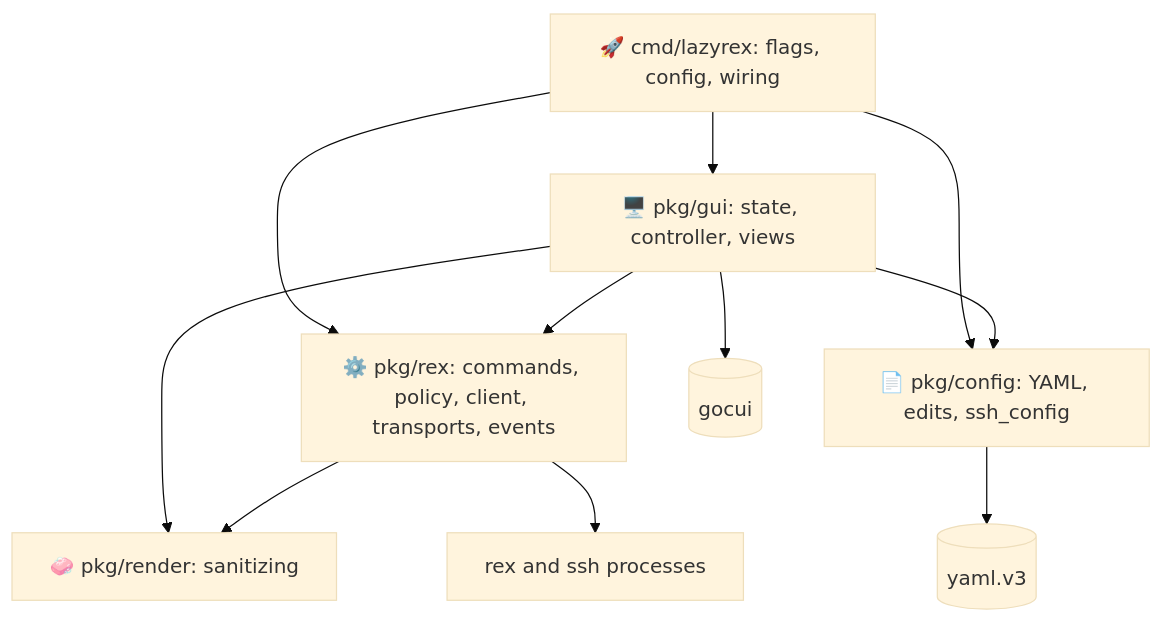
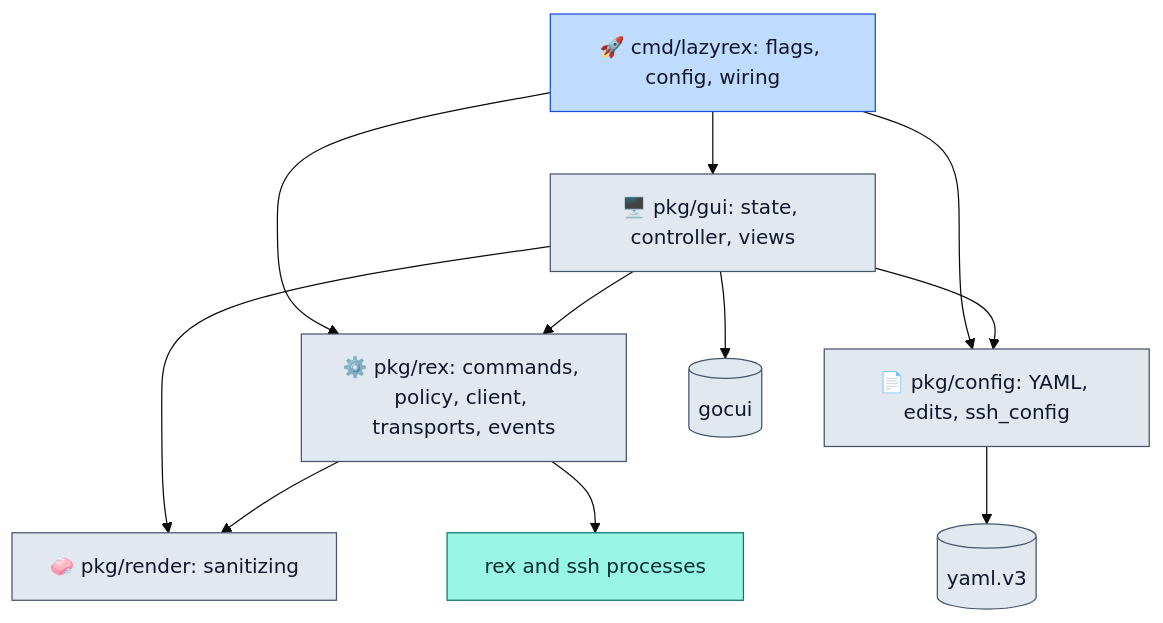
One commit to rbobillot/lazyrex changed the first of 3 diagrams in docs/architecture.md. Above: the diagram before and after it, drawn with Mermaid (base theme). The commit also changed other lines of this file and 11 other files, not shown here.

Commit message:
docs: color the mermaid diagrams

````diff
--- a/docs/architecture.md
+++ b/docs/architecture.md
@@ -7,10 +7,20 @@
 ```mermaid
 flowchart TB
     main["🚀 cmd/lazyrex: flags, config, wiring"] --> gui & config & rex
     gui["🖥️ pkg/gui: state, controller, views"] --> rex & config & render
     rex["⚙️ pkg/rex: commands, policy, client, transports, events"] --> render["🧼 pkg/render: sanitizing"]
     config["📄 pkg/config: YAML, edits, ssh_config"]
     gui --> gocui[("gocui")]
     config --> yaml[("yaml.v3")]
     rex --> procs["rex and ssh processes"]
+    classDef entry fill:#bfdbfe,stroke:#1d4ed8,color:#0f172a
+    classDef step fill:#e2e8f0,stroke:#475569,color:#0f172a
+    classDef decision fill:#fde68a,stroke:#b45309,color:#1c1917
+    classDef caution fill:#fed7aa,stroke:#c2410c,color:#1c1917
+    classDef success fill:#bbf7d0,stroke:#15803d,color:#052e16
+    classDef failure fill:#fecaca,stroke:#b91c1c,color:#450a0a
+    classDef rexside fill:#99f6e4,stroke:#0f766e,color:#042f2e
+    class main entry
+    class gui,rex,config,render,gocui,yaml step
+    class procs rexside
 ```
````
